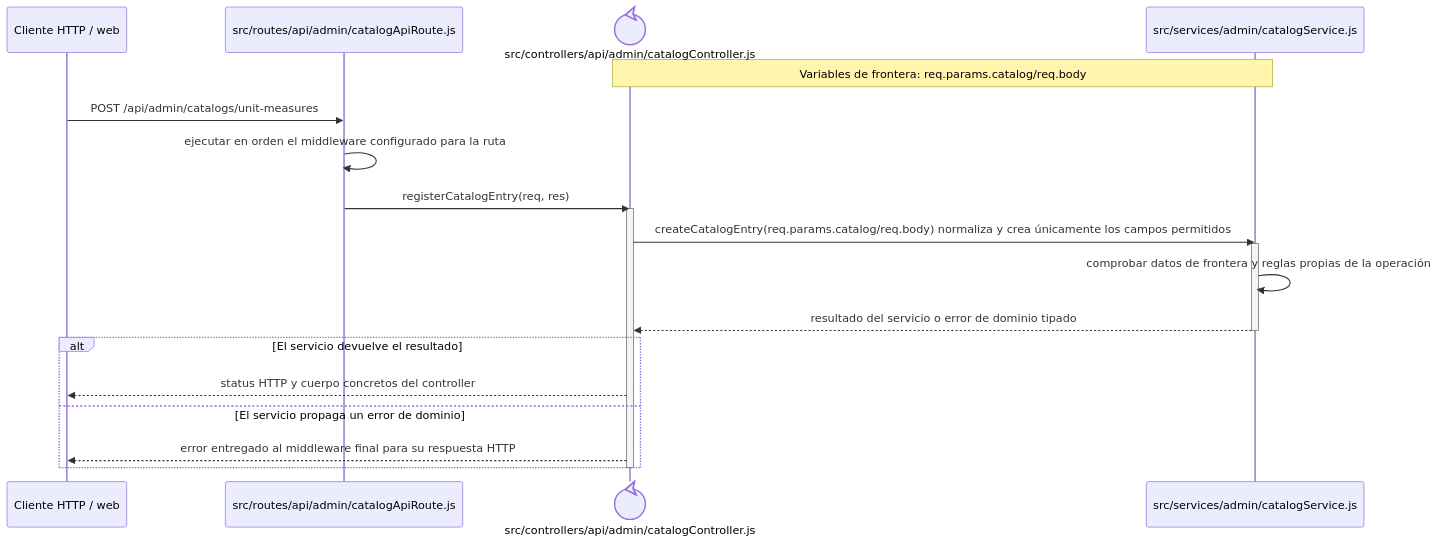
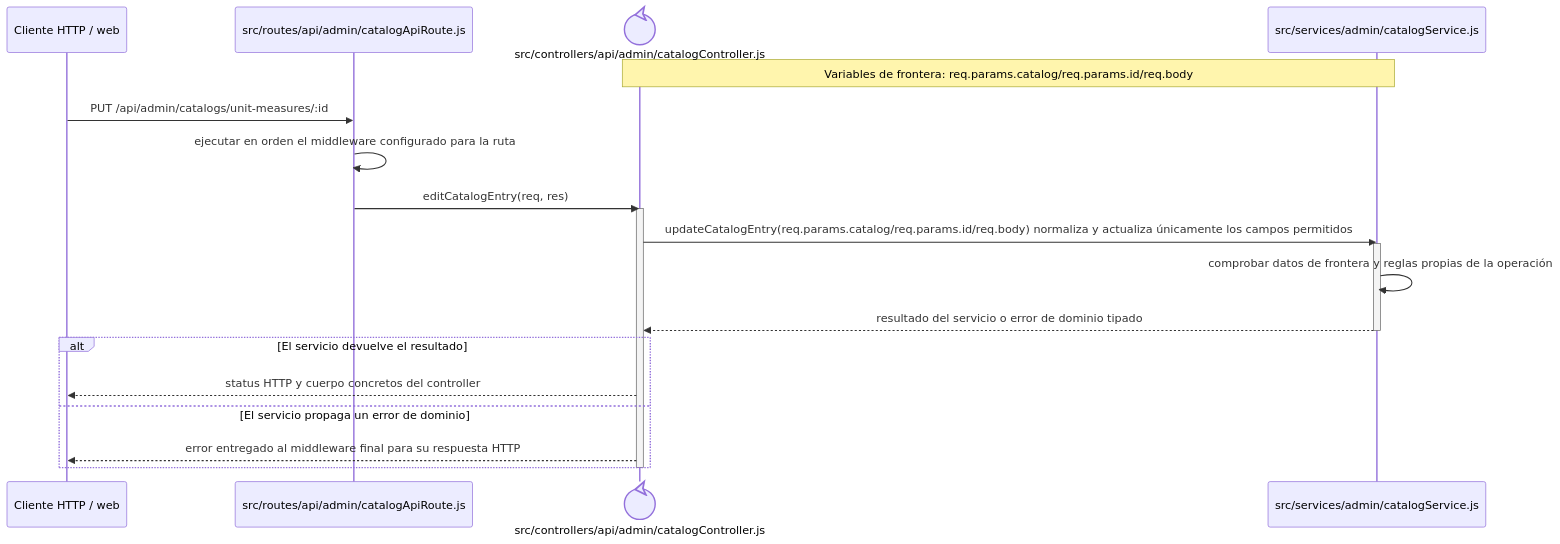
The diagram in docs/architecture/backend-code-sequences/catalogs/cu-cat-20.md (gpgsistemas01/nexus), drawn with Mermaid before and after one commit. The commit also changed other lines of this file and 167 other files, not shown here.

````diff
--- a/docs/architecture/backend-code-sequences/catalogs/cu-cat-20.md
+++ b/docs/architecture/backend-code-sequences/catalogs/cu-cat-20.md
@@ -6,24 +6,24 @@
 ```mermaid
 sequenceDiagram
     participant Client as Cliente HTTP / web
     participant Route as src/routes/api/admin/catalogApiRoute.js
     participant Controller@{ "type": "control" } as src/controllers/api/admin/catalogController.js
     participant Domain as src/services/admin/catalogService.js
-    Note over Controller,Domain: Variables de frontera: req.params.catalog/req.body
+    Note over Controller,Domain: Variables de frontera: req.params.catalog/req.params.id/req.body
 
-    Client->>Route: POST /api/admin/catalogs/unit-measures
+    Client->>Route: PUT /api/admin/catalogs/unit-measures/:id
     Route->>Route: ejecutar en orden el middleware configurado para la ruta
-    Route->>Controller: registerCatalogEntry(req, res)
+    Route->>Controller: editCatalogEntry(req, res)
     activate Controller
-    Controller->>Domain: createCatalogEntry(req.params.catalog/req.body) normaliza y crea únicamente los campos permitidos
+    Controller->>Domain: updateCatalogEntry(req.params.catalog/req.params.id/req.body) normaliza y actualiza únicamente los campos permitidos
     activate Domain
     Domain->>Domain: comprobar datos de frontera y reglas propias de la operación
     Domain-->>Controller: resultado del servicio o error de dominio tipado
     deactivate Domain
     alt El servicio devuelve el resultado
         Controller-->>Client: status HTTP y cuerpo concretos del controller
     else El servicio propaga un error de dominio
         Controller-->>Client: error entregado al middleware final para su respuesta HTTP
     end
     deactivate Controller
 ```
````
